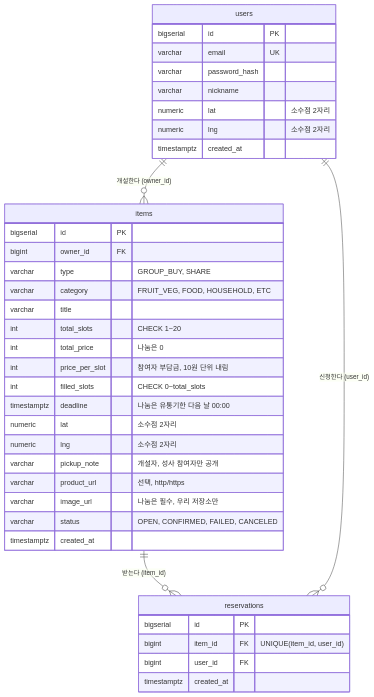
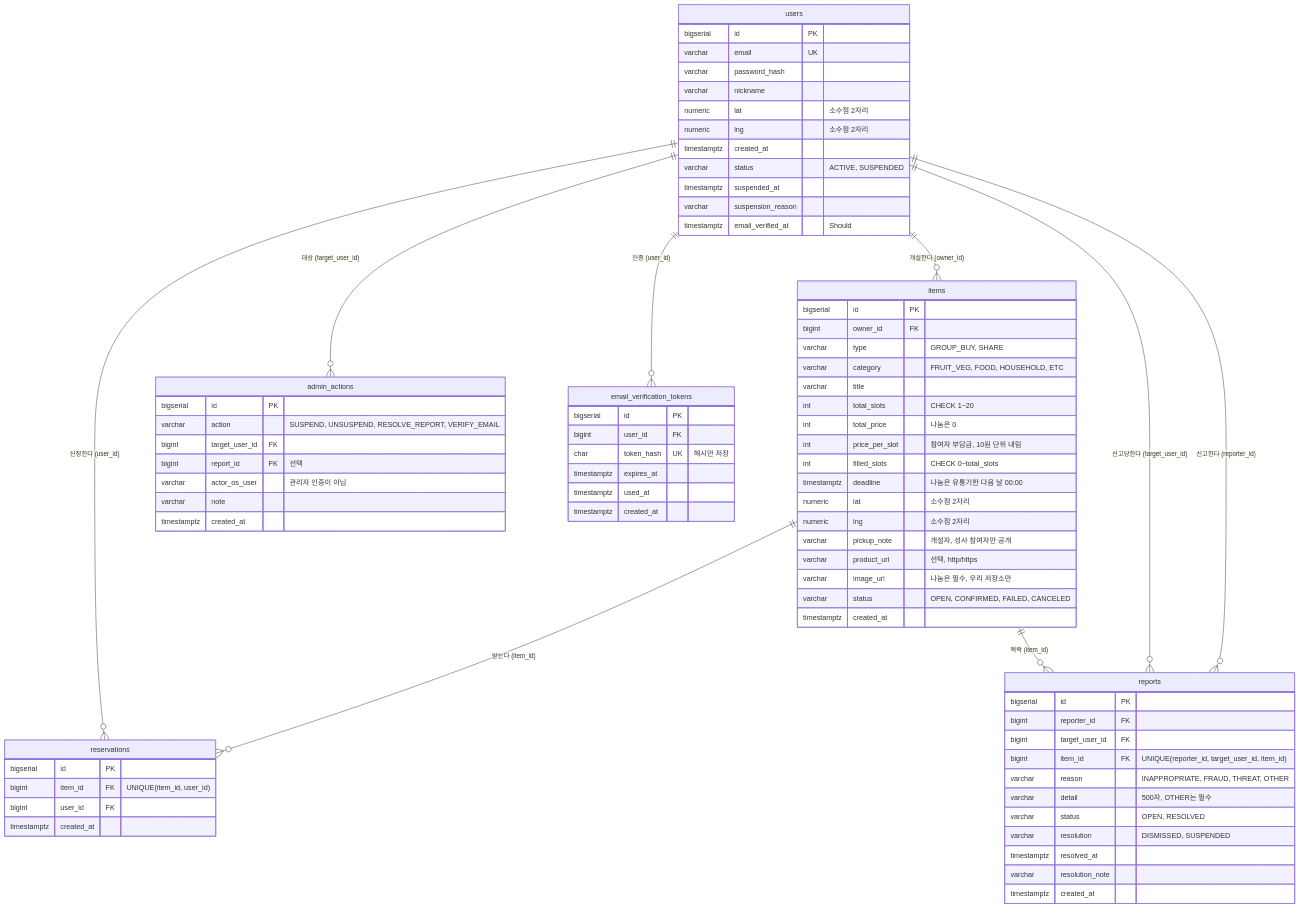
One commit to hgoose-avatye/together changed the first of 11 diagrams in gachi-spec.md. Above: the diagram before and after it, drawn with Mermaid. The commit also changed other lines of this file and 1 other file, not shown here.

````diff
--- a/gachi-spec.md
+++ b/gachi-spec.md
@@ -220,6 +313,11 @@
     users ||--o{ items : "개설한다 (owner_id)"
     items ||--o{ reservations : "받는다 (item_id)"
     users ||--o{ reservations : "신청한다 (user_id)"
+    users ||--o{ reports : "신고한다 (reporter_id)"
+    users ||--o{ reports : "신고당한다 (target_user_id)"
+    items ||--o{ reports : "맥락 (item_id)"
+    users ||--o{ admin_actions : "대상 (target_user_id)"
+    users ||--o{ email_verification_tokens : "인증 (user_id)"
 
     users {
         bigserial id PK
@@ -229,6 +327,10 @@
         numeric lat "소수점 2자리"
         numeric lng "소수점 2자리"
         timestamptz created_at
+        varchar status "ACTIVE, SUSPENDED"
+        timestamptz suspended_at
+        varchar suspension_reason
+        timestamptz email_verified_at "Should"
     }
 
     items {
@@ -257,4 +359,37 @@
         bigint user_id FK
         timestamptz created_at
     }
+
+    reports {
+        bigserial id PK
+        bigint reporter_id FK
+        bigint target_user_id FK
+        bigint item_id FK "UNIQUE(reporter_id, target_user_id, item_id)"
+        varchar reason "INAPPROPRIATE, FRAUD, THREAT, OTHER"
+        varchar detail "500자, OTHER는 필수"
+        varchar status "OPEN, RESOLVED"
+        varchar resolution "DISMISSED, SUSPENDED"
+        timestamptz resolved_at
+        varchar resolution_note
+        timestamptz created_at
+    }
+
+    admin_actions {
+        bigserial id PK
+        varchar action "SUSPEND, UNSUSPEND, RESOLVE_REPORT, VERIFY_EMAIL"
+        bigint target_user_id FK
+        bigint report_id FK "선택"
+        varchar actor_os_user "관리자 인증이 아님"
+        varchar note
+        timestamptz created_at
+    }
+
+    email_verification_tokens {
+        bigserial id PK
+        bigint user_id FK
+        char token_hash UK "해시만 저장"
+        timestamptz expires_at
+        timestamptz used_at
+        timestamptz created_at
+    }
 ```
````
